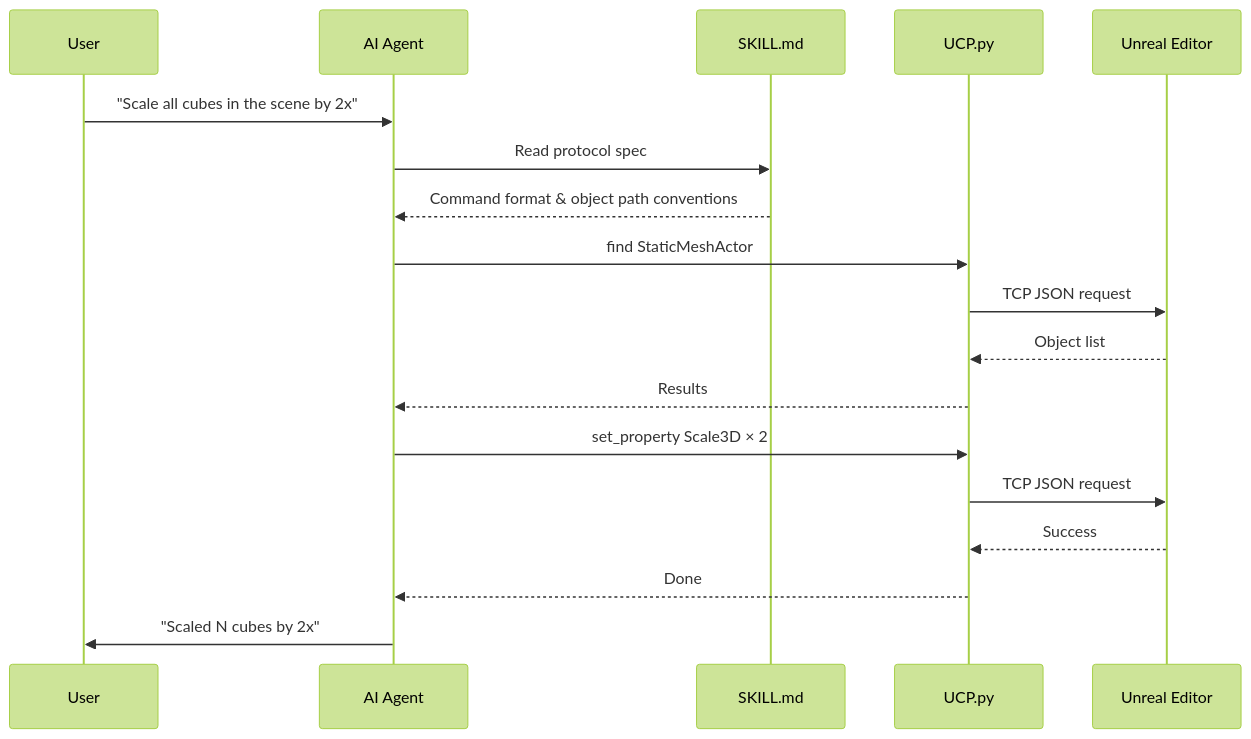
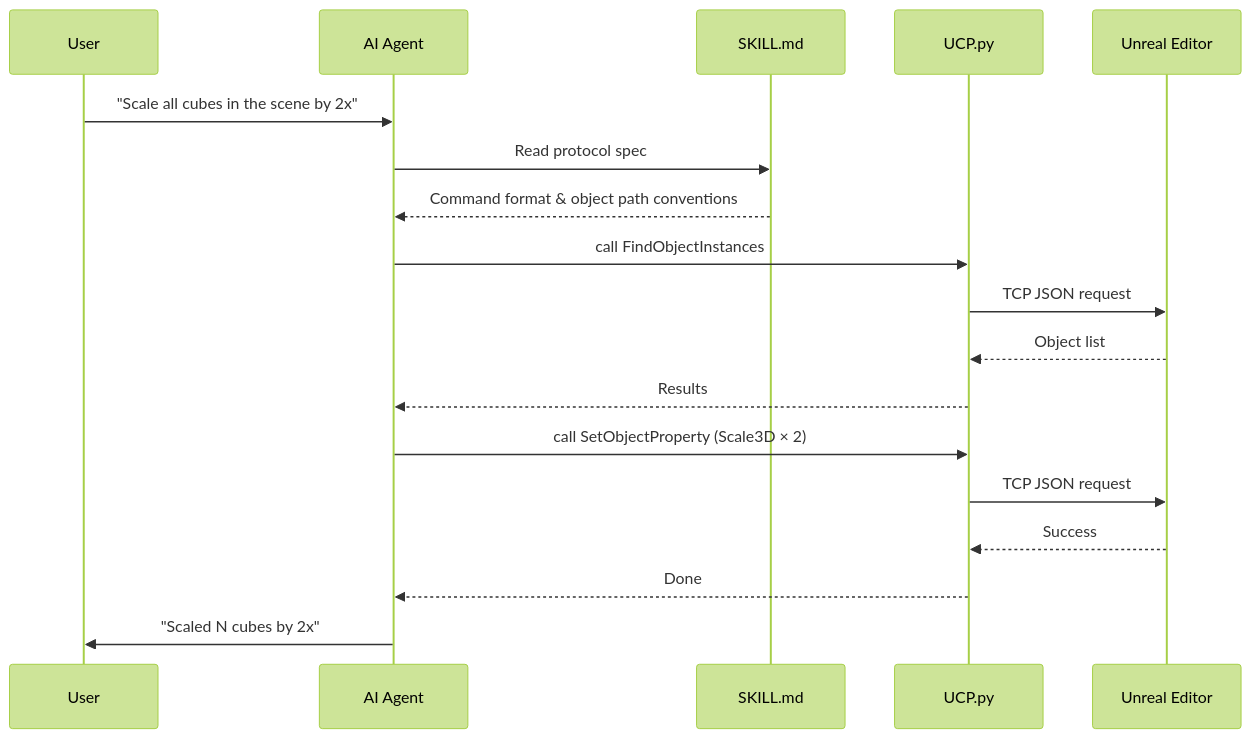
The third of 3 diagrams in README.md (venetianglassmaking858/UnrealClientProtocol), drawn with Mermaid (forest theme) before and after one commit. The commit also changed other lines of this file, not shown here.

````diff
--- a/README.md
+++ b/README.md
@@ -137,21 +227,21 @@
 ```mermaid
 sequenceDiagram
     participant User
     participant Agent as AI Agent
     participant Skill as SKILL.md
     participant UCP as UCP.py
     participant UE as Unreal Editor
 
     User->>Agent: "Scale all cubes in the scene by 2x"
     Agent->>Skill: Read protocol spec
     Skill-->>Agent: Command format & object path conventions
-    Agent->>UCP: find StaticMeshActor
+    Agent->>UCP: call FindObjectInstances
     UCP->>UE: TCP JSON request
     UE-->>UCP: Object list
     UCP-->>Agent: Results
-    Agent->>UCP: set_property Scale3D × 2
+    Agent->>UCP: call SetObjectProperty (Scale3D × 2)
     UCP->>UE: TCP JSON request
     UE-->>UCP: Success
     UCP-->>Agent: Done
     Agent->>User: "Scaled N cubes by 2x"
 ```
````
